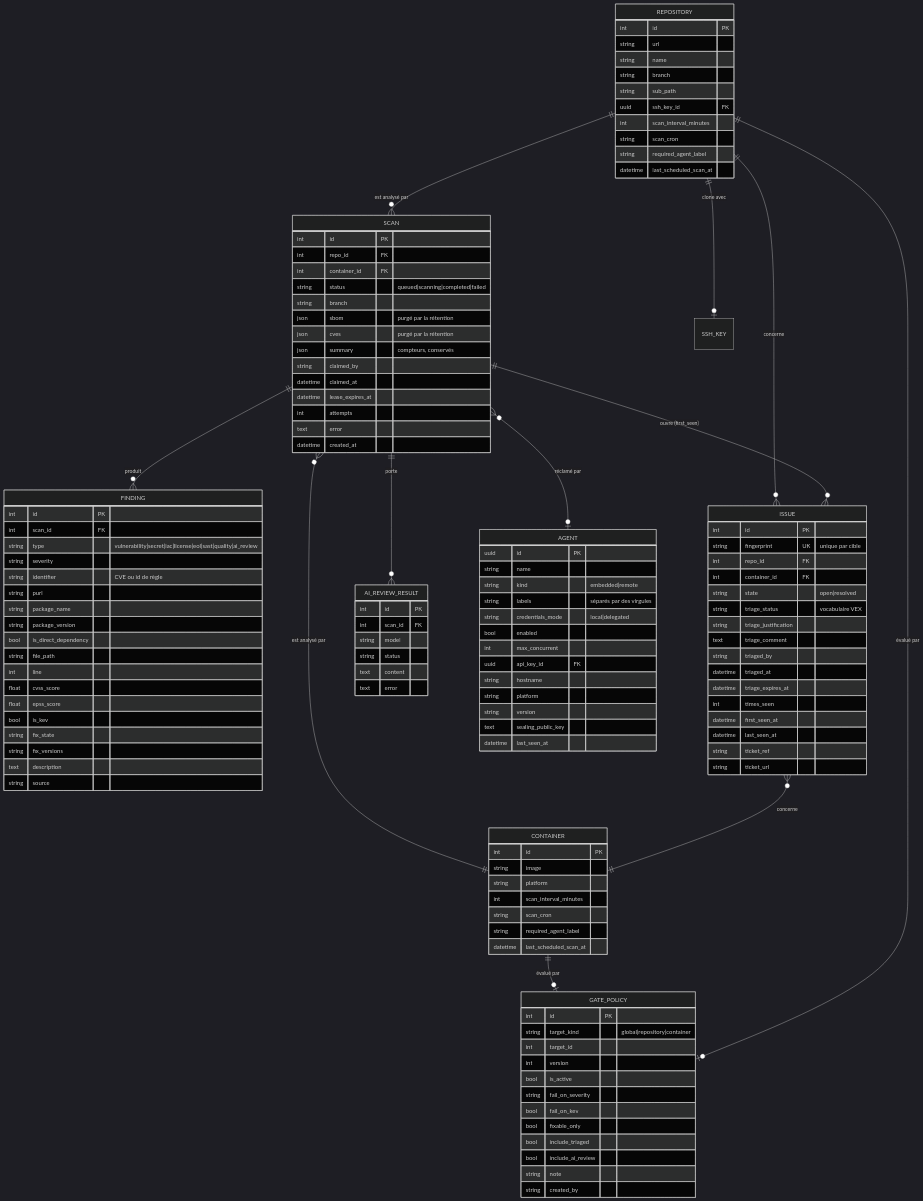
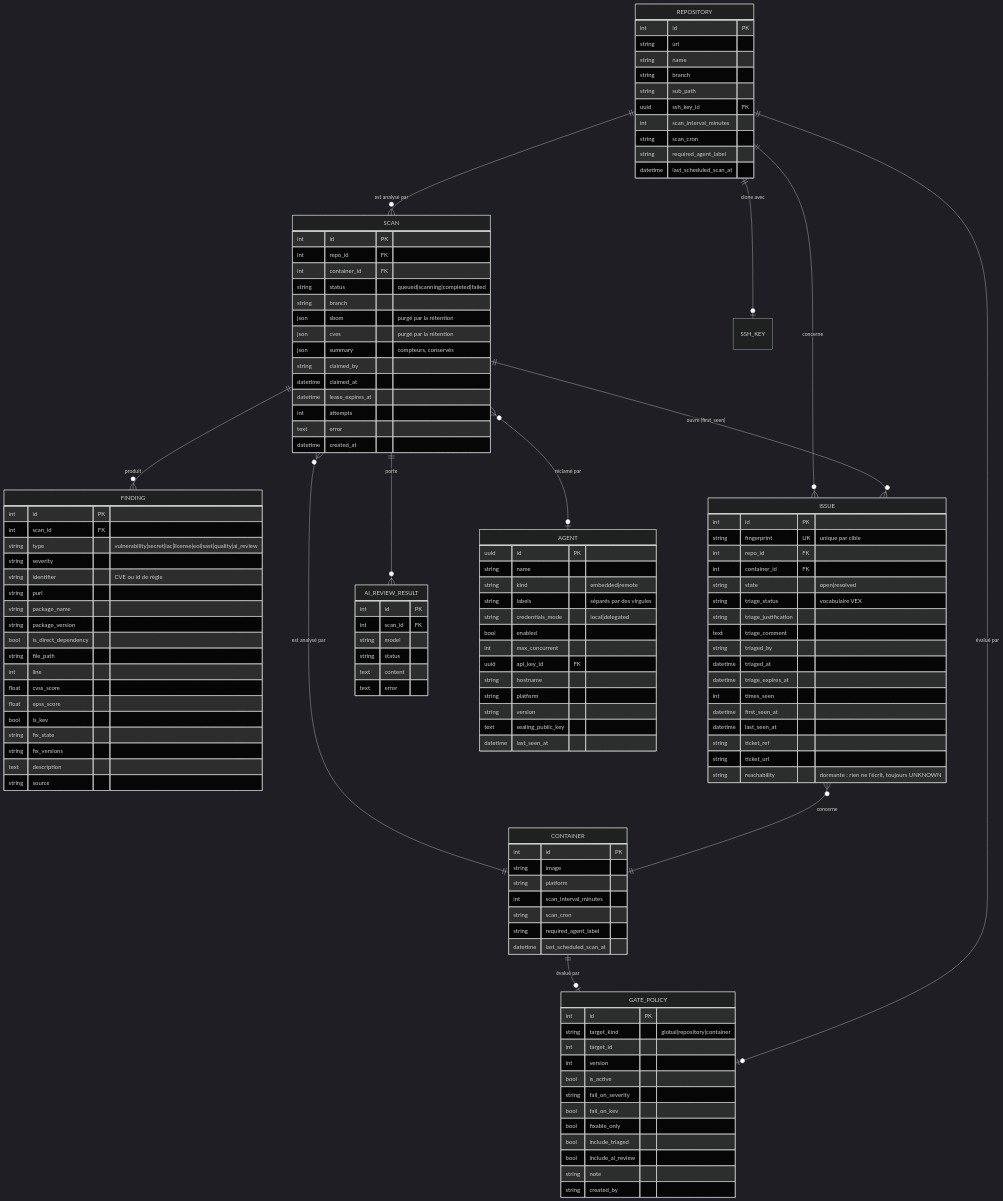
Before and after one commit to asmolabs/vectispire: the second of 3 diagrams in docs/fr/TECHNICAL_DOCUMENTATION.fr.md, drawn with Mermaid (dark theme). The commit also changed other lines of this file and 13 other files, not shown here.

```diff
--- a/docs/fr/TECHNICAL_DOCUMENTATION.fr.md
+++ b/docs/fr/TECHNICAL_DOCUMENTATION.fr.md
@@ -199,6 +199,7 @@
         datetime last_seen_at
         string ticket_ref
         string ticket_url
+        string reachability "dormante : rien ne l'écrit, toujours UNKNOWN"
     }
     AI_REVIEW_RESULT {
         int id PK
```
